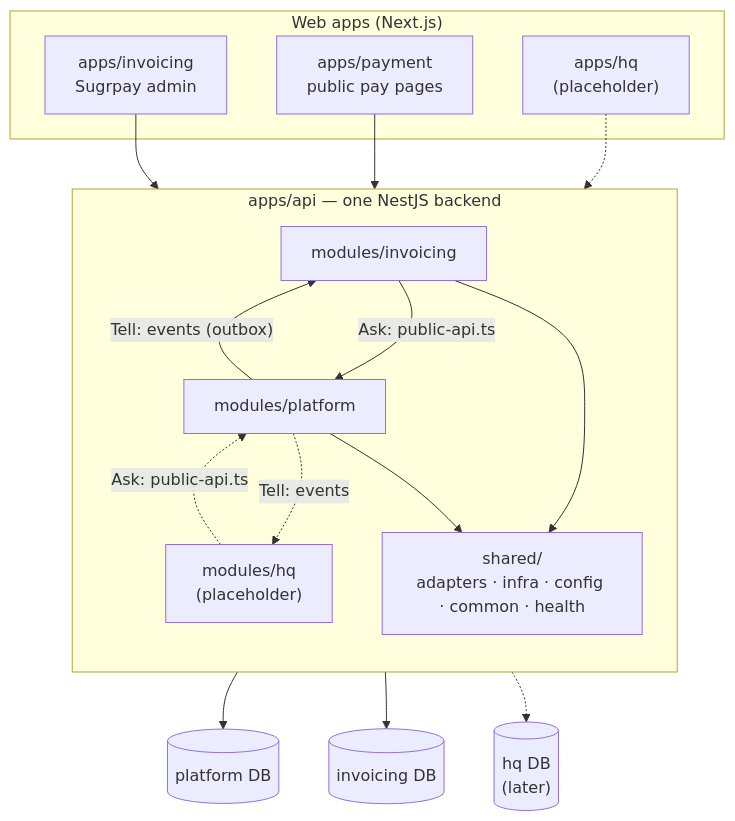
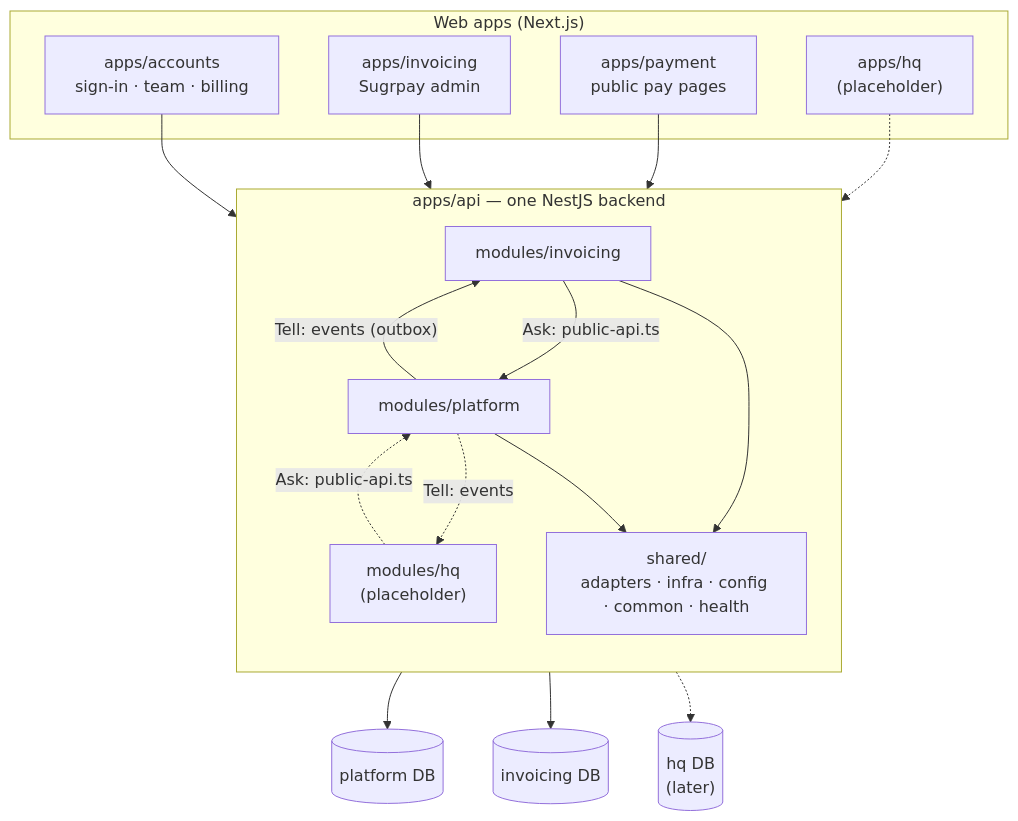
Before and after one commit to primeshelfspace/platform: the diagram in docs/architecture/README.md, drawn with Mermaid. The commit also changed other lines of this file and 68 other files, not shown here.

First line of the commit message:
Phase 2 frontend: Accounts app and one sign-in across apps

````diff
--- a/docs/architecture/README.md
+++ b/docs/architecture/README.md
@@ -13,33 +13,35 @@
 ```mermaid
 flowchart TB
   subgraph web["Web apps (Next.js)"]
+    ACC_APP["apps/accounts<br/>sign-in · team · billing"]
     INV_APP["apps/invoicing<br/>Sugrpay admin"]
     PAY_APP["apps/payment<br/>public pay pages"]
     HQ_APP["apps/hq<br/>(placeholder)"]
   end
 
   subgraph api["apps/api — one NestJS backend"]
     direction TB
     INV["modules/invoicing"]
     HQ["modules/hq<br/>(placeholder)"]
     PLAT["modules/platform"]
     SHARED["shared/<br/>adapters · infra · config · common · health"]
     INV -- "Ask: public-api.ts" --> PLAT
     HQ -. "Ask: public-api.ts" .-> PLAT
     PLAT -- "Tell: events (outbox)" --> INV
     PLAT -. "Tell: events" .-> HQ
     INV --> SHARED
     PLAT --> SHARED
   end
 
   PDB[("platform DB")]
   IDB[("invoicing DB")]
   HDB[("hq DB<br/>(later)")]
 
+  ACC_APP --> api
   INV_APP --> api
   PAY_APP --> api
   HQ_APP -.-> api
   PLAT --> PDB
   INV --> IDB
   HQ -.-> HDB
 ```
````
